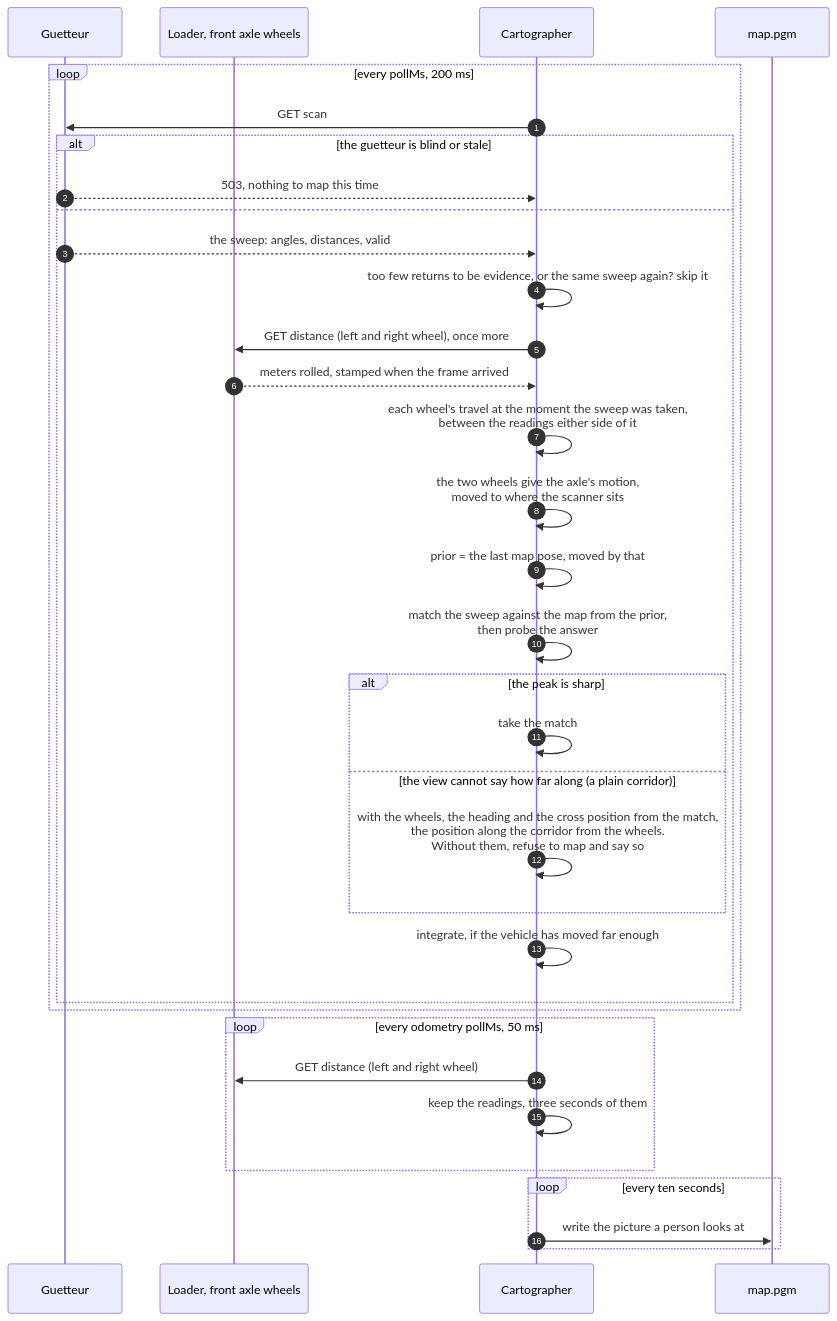
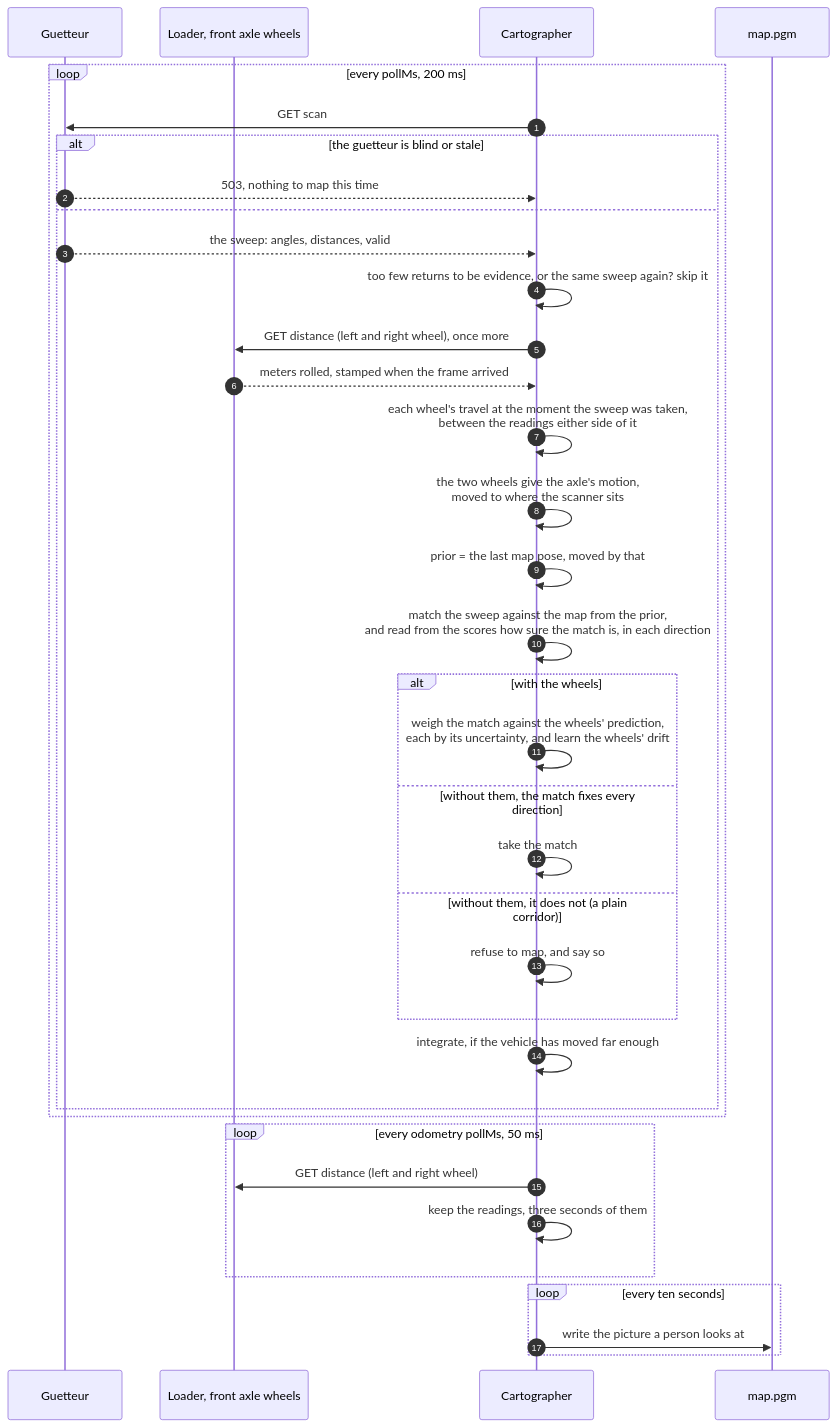
Before and after one commit to sdoque/systems: the diagram in cartographer/README.md, drawn with Mermaid. The commit also changed other lines of this file and 13 other files, not shown here.

First line of the commit message:
cartographer, navigator: maps that say how sure they are, and a pose weighed between view and wheels

````diff
--- a/cartographer/README.md
+++ b/cartographer/README.md
@@ -30,39 +43,41 @@
 ```mermaid
 sequenceDiagram
     autonumber
     participant G as Guetteur
     participant L as Loader, front axle wheels
     participant C as Cartographer
     participant D as map.pgm
 
     loop every pollMs, 200 ms
         C->>G: GET scan
         alt the guetteur is blind or stale
             G-->>C: 503, nothing to map this time
         else
             G-->>C: the sweep: angles, distances, valid
             C->>C: too few returns to be evidence, or the same sweep again? skip it
             C->>L: GET distance (left and right wheel), once more
             L-->>C: meters rolled, stamped when the frame arrived
             C->>C: each wheel's travel at the moment the sweep was taken,<br/>between the readings either side of it
             C->>C: the two wheels give the axle's motion,<br/>moved to where the scanner sits
             C->>C: prior = the last map pose, moved by that
-            C->>C: match the sweep against the map from the prior,<br/>then probe the answer
-            alt the peak is sharp
+            C->>C: match the sweep against the map from the prior,<br/>and read from the scores how sure the match is, in each direction
+            alt with the wheels
+                C->>C: weigh the match against the wheels' prediction,<br/>each by its uncertainty, and learn the wheels' drift
+            else without them, the match fixes every direction
                 C->>C: take the match
-            else the view cannot say how far along (a plain corridor)
-                C->>C: with the wheels, the heading and the cross position from the match,<br/>the position along the corridor from the wheels.<br/>Without them, refuse to map and say so
+            else without them, it does not (a plain corridor)
+                C->>C: refuse to map, and say so
             end
             C->>C: integrate, if the vehicle has moved far enough
         end
     end
 
     loop every odometry pollMs, 50 ms
         C->>L: GET distance (left and right wheel)
         C->>C: keep the readings, three seconds of them
     end
 
     loop every ten seconds
         C->>D: write the picture a person looks at
     end
 ```
````
